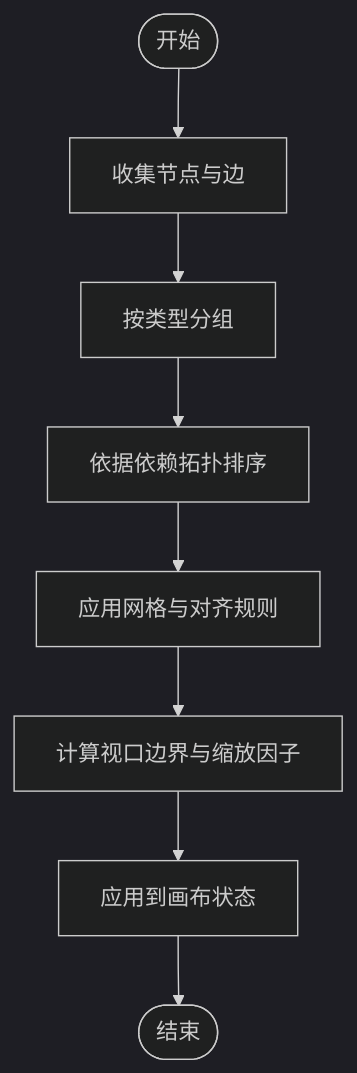
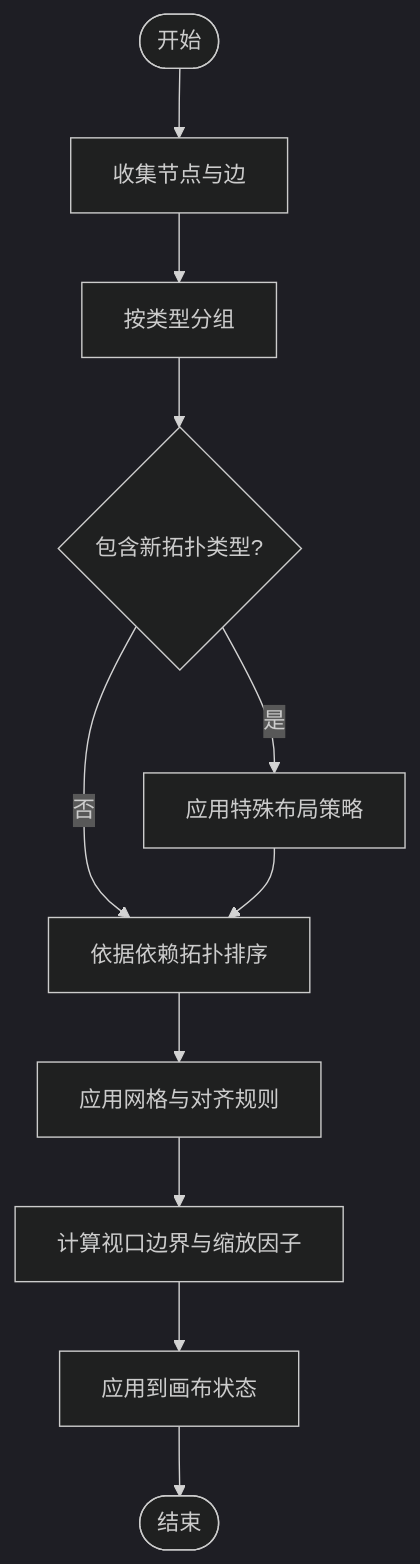
One commit to scottcwy/PurpleInk changed the seventh of 16 diagrams in .qoder/repowiki/zh/content/画布编辑器/画布编辑器.md. Above: the diagram before and after it, drawn with Mermaid (dark theme). The commit also changed other lines of this file and 29 other files, not shown here.

````diff
--- a/.qoder/repowiki/zh/content/画布编辑器/画布编辑器.md
+++ b/.qoder/repowiki/zh/content/画布编辑器/画布编辑器.md
@@ -402,10 +472,13 @@
 ```mermaid
 flowchart TD
 Start(["开始"]) --> Collect["收集节点与边"]
 Collect --> Classify["按类型分组"]
-Classify --> Arrange["依据依赖拓扑排序"]
+Classify --> NewTypes{"包含新拓扑类型?"}
+NewTypes --> |是| SpecialLayout["应用特殊布局策略"]
+NewTypes --> |否| Arrange["依据依赖拓扑排序"]
+SpecialLayout --> Arrange
 Arrange --> Snap["应用网格与对齐规则"]
 Snap --> Fit["计算视口边界与缩放因子"]
 Fit --> Apply["应用到画布状态"]
 Apply --> End(["结束"])
 ```
````
